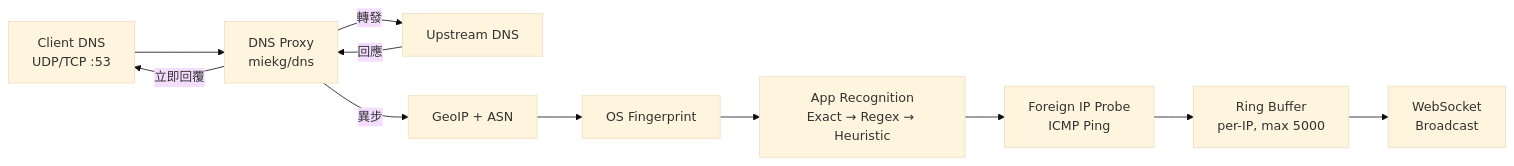
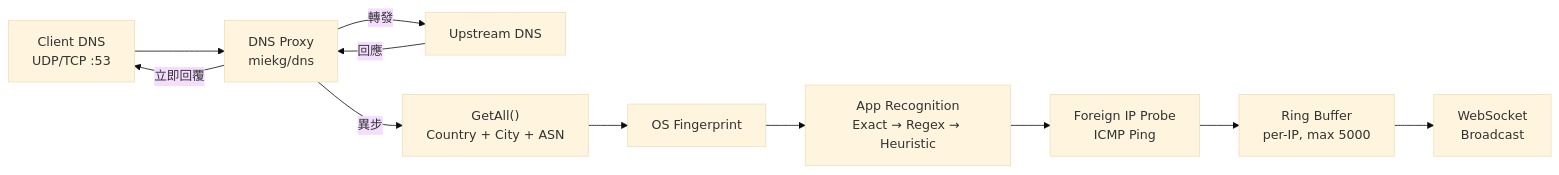
The second of 2 diagrams in doc/05_building_block_view.md (zeroflare/ocf-srrt), drawn with Mermaid (base theme) before and after one commit. The commit also changed other lines of this file and 25 other files, not shown here.

````diff
--- a/doc/05_building_block_view.md
+++ b/doc/05_building_block_view.md
@@ -75,14 +75,14 @@
 ```mermaid
 graph LR
     Client["Client DNS<br/>UDP/TCP :53"]
     Client --> DNSProxy["DNS Proxy<br/>miekg/dns"]
     DNSProxy -->|"轉發"| Upstream["Upstream DNS"]
     Upstream -->|"回應"| DNSProxy
     DNSProxy -->|"立即回覆"| Client
-    DNSProxy -->|"異步"| GeoIP["GeoIP + ASN"]
+    DNSProxy -->|"異步"| GeoIP["GetAll()<br/>Country + City + ASN"]
     GeoIP --> OS["OS Fingerprint"]
     OS --> Recog["App Recognition<br/>Exact → Regex → Heuristic"]
     Recog --> Probe["Foreign IP Probe<br/>ICMP Ping"]
     Probe --> Buffer["Ring Buffer<br/>per-IP, max 5000"]
     Buffer --> WS["WebSocket<br/>Broadcast"]
 ```
````
